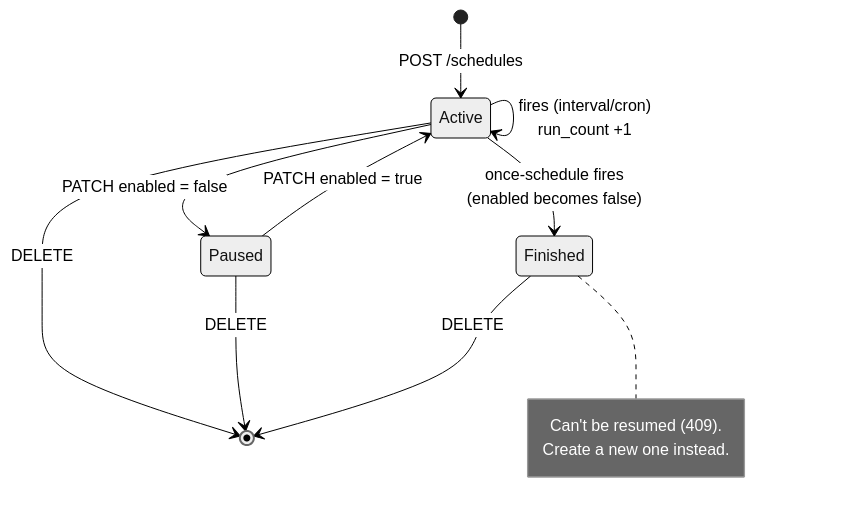
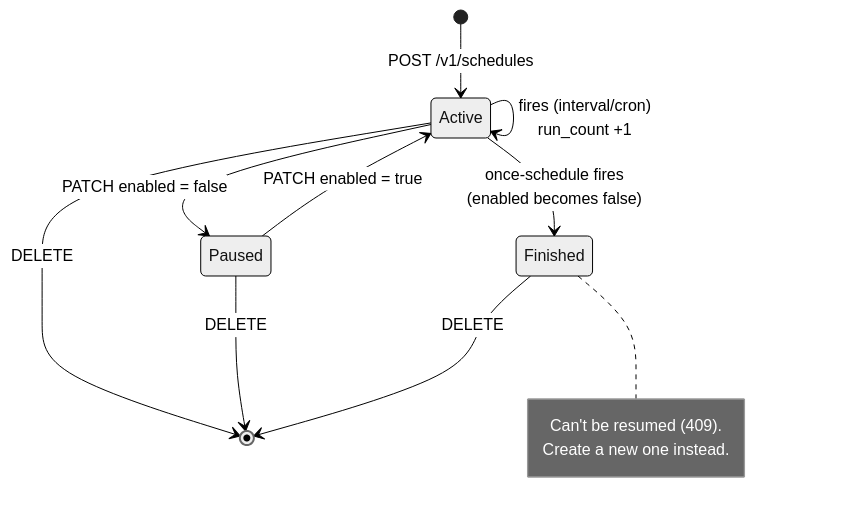
Before and after one commit to ravibhushan29/JobScheduler: the second of 3 diagrams in docs/06-scheduling.md, drawn with Mermaid (neutral theme). The commit also changed other lines of this file and 101 other files, not shown here.

````diff
--- a/docs/06-scheduling.md
+++ b/docs/06-scheduling.md
@@ -144,15 +147,15 @@
 ```mermaid
 stateDiagram-v2
-    [*] --> Active: POST /schedules
+    [*] --> Active: POST /v1/schedules
     Active --> Paused: PATCH enabled = false
     Paused --> Active: PATCH enabled = true
     Active --> Active: fires (interval/cron)<br/>run_count +1
     Active --> Finished: once-schedule fires<br/>(enabled becomes false)
     Active --> [*]: DELETE
     Paused --> [*]: DELETE
     Finished --> [*]: DELETE
     note right of Finished
         Can't be resumed (409).
         Create a new one instead.
     end note
 ```
````
